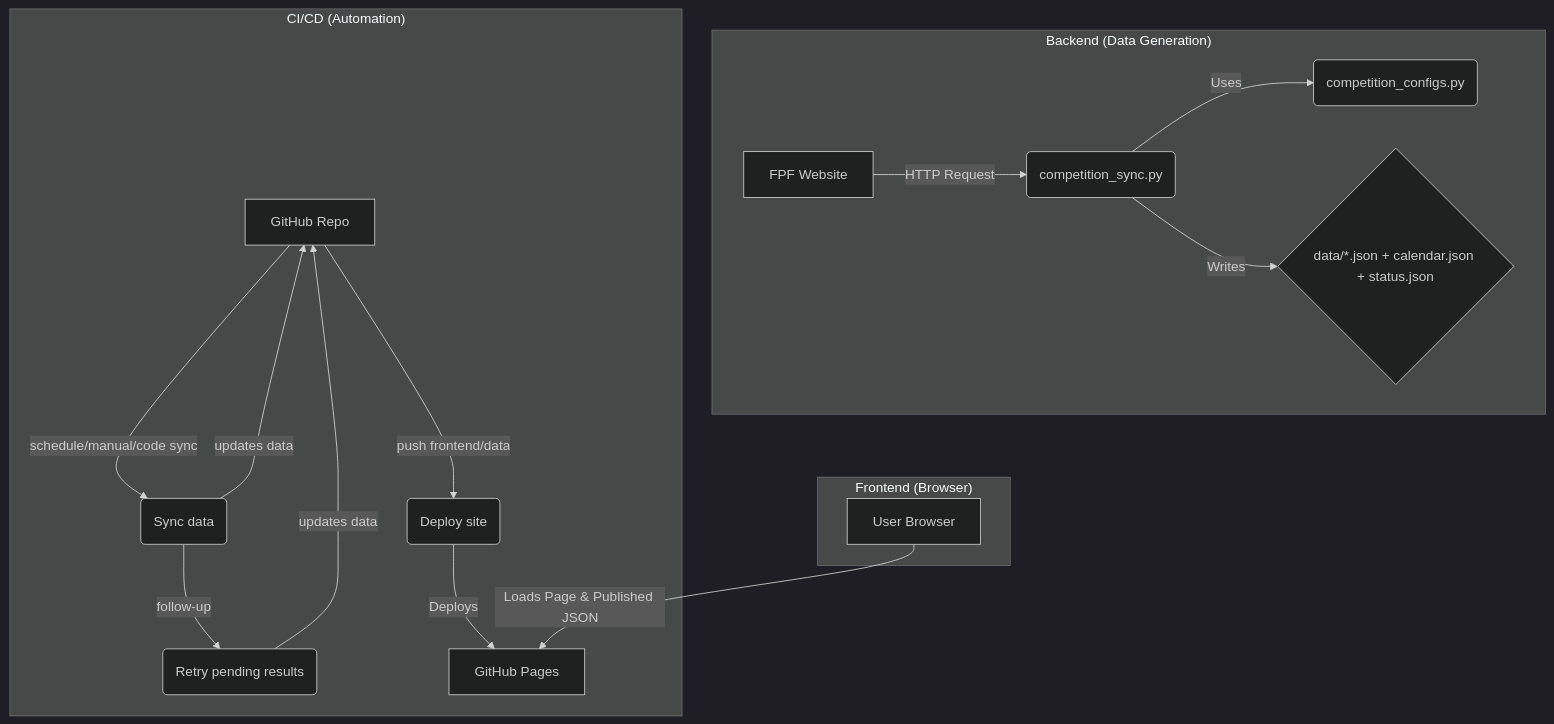
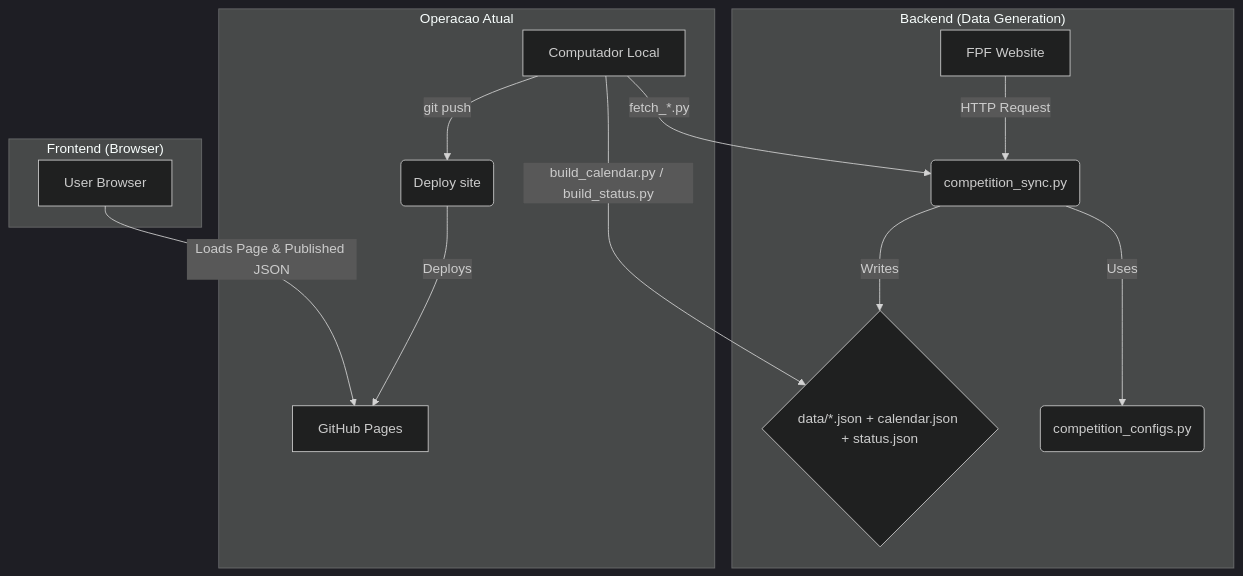
Before and after one commit to majoroka/scores_CFA: the diagram in ARQUITETURA.md, drawn with Mermaid (dark theme). The commit also changed other lines of this file and 8 other files, not shown here.

Commit message:
docs: align documentation with manual local scraping flow

````diff
--- a/ARQUITETURA.md
+++ b/ARQUITETURA.md
@@ -7,19 +7,17 @@
 ```mermaid
 graph TD
     subgraph "Backend (Data Generation)"
         A[FPF Website] -->|HTTP Request| B("competition_sync.py");
         B -->|Uses| B1("competition_configs.py");
         B -->|Writes| C{"data/*.json + calendar.json + status.json"};
     end
-    subgraph "CI/CD (Automation)"
-        D[GitHub Repo] -- push frontend/data --> E("Deploy site");
-        D -- schedule/manual/code sync --> F("Sync data");
-        F -->|follow-up| G("Retry pending results");
-        F -->|updates data| D;
-        G -->|updates data| D;
+    subgraph "Operacao Atual"
+        D[Computador Local] -->|fetch_*.py| B;
+        D -->|build_calendar.py / build_status.py| C;
+        D -->|git push| E("Deploy site");
         E -->|Deploys| H[GitHub Pages];
     end
     subgraph "Frontend (Browser)"
         I[User Browser] -->|Loads Page & Published JSON| H;
     end
 ```
````
